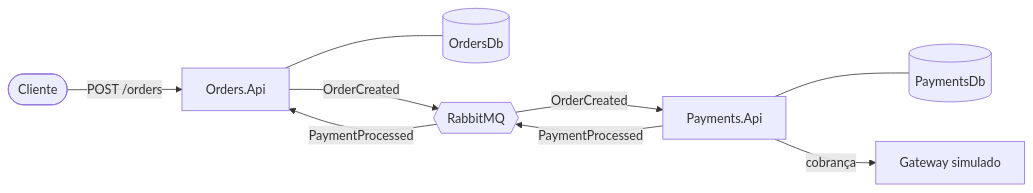
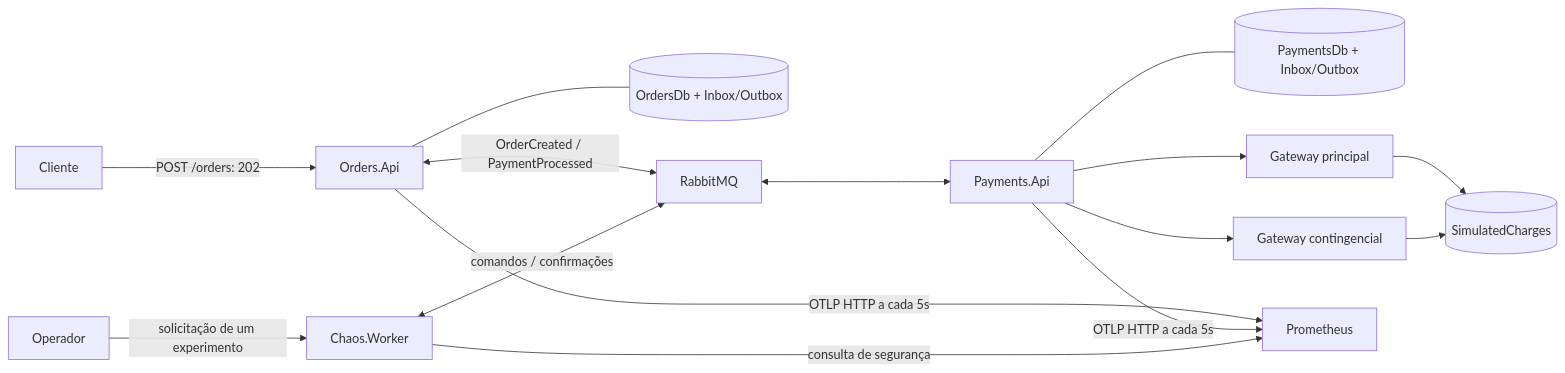
One commit to RobotEby/BrokerDown changed the diagram in README.pt-BR.md. Above: the diagram before and after it, drawn with Mermaid. The commit also changed other lines of this file and 1 other file, not shown here.

Commit message:
docs: updates the README documentation with improvements to the description of the architecture and execution

````diff
--- a/README.pt-BR.md
+++ b/README.pt-BR.md
@@ -13,11 +7,15 @@
 ```mermaid
 flowchart LR
-    Client([Cliente]) -->|POST /orders| Orders[Orders.Api]
-    Orders --- ODB[(OrdersDb)]
-    Orders -->|OrderCreated| MQ{{RabbitMQ}}
-    MQ -->|OrderCreated| Payments[Payments.Api]
-    Payments --- PDB[(PaymentsDb)]
-    Payments -->|cobrança| GW[Gateway simulado]
-    Payments -->|PaymentProcessed| MQ
-    MQ -->|PaymentProcessed| Orders
+    Cliente -->|POST /orders: 202| Orders[Orders.Api]
+    Orders --- ODB[(OrdersDb + Inbox/Outbox)]
+    Orders <-->|OrderCreated / PaymentProcessed| MQ[RabbitMQ]
+    MQ <--> Payments[Payments.Api]
+    Payments --- PDB[(PaymentsDb + Inbox/Outbox)]
+    Payments --> Principal[Gateway principal]
+    Payments --> Contingencia[Gateway contingencial]
+    Principal & Contingencia --> Registro[(SimulatedCharges)]
+    Orders & Payments -->|OTLP HTTP a cada 5s| Prom[Prometheus]
+    Worker[Chaos.Worker] -->|consulta de segurança| Prom
+    Worker <-->|comandos / confirmações| MQ
+    Operador -->|solicitação de um experimento| Worker
 ```
````
